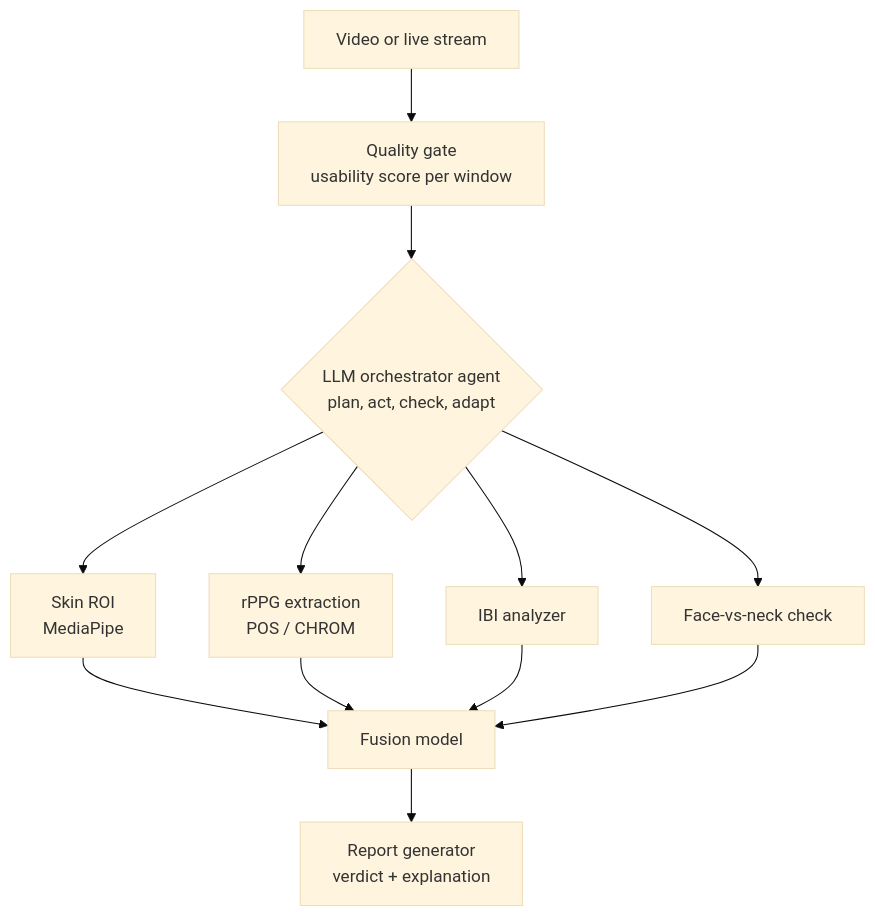
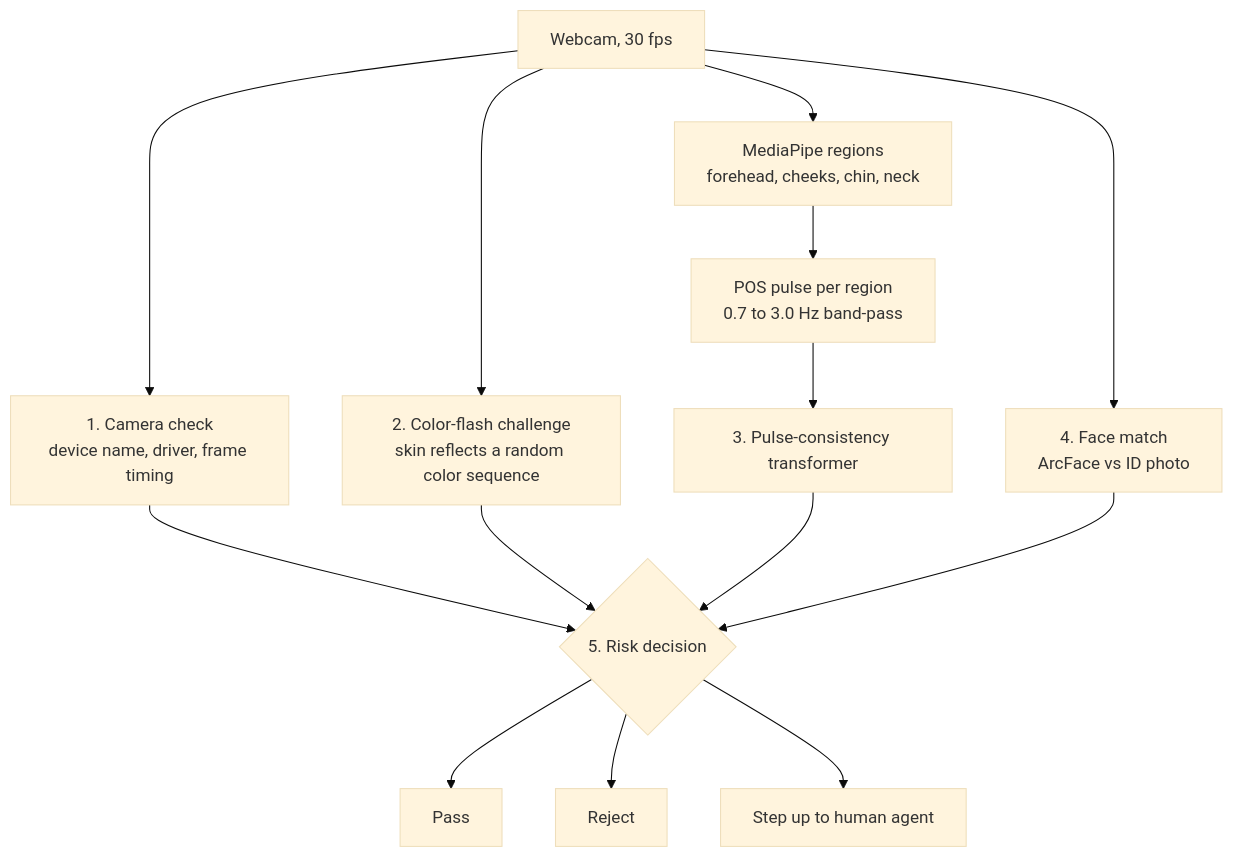
The diagram in README.md (fast-na-ana/aieduhackathon), drawn with Mermaid (base theme) before and after one commit. The commit also changed other lines of this file and 15 other files, not shown here.

First line of the commit message:
Add pulse model, pulse pipeline (in progress) and demo app plan

````diff
--- a/README.md
+++ b/README.md
@@ -78,14 +69,16 @@
 ```mermaid
 flowchart TD
-    A[Video or live stream] --> B[Quality gate<br/>usability score per window]
-    B --> C{LLM orchestrator agent<br/>plan, act, check, adapt}
-    C --> D[Skin ROI<br/>MediaPipe]
-    C --> E[rPPG extraction<br/>POS / CHROM]
-    C --> F[IBI analyzer]
-    C --> G[Face-vs-neck check]
-    D --> H[Fusion model]
-    E --> H
-    F --> H
-    G --> H
-    H --> I[Report generator<br/>verdict + explanation]
+    A[Webcam, 30 fps] --> L1[1. Camera check<br/>device name, driver, frame timing]
+    A --> L2[2. Color-flash challenge<br/>skin reflects a random color sequence]
+    A --> R[MediaPipe regions<br/>forehead, cheeks, chin, neck]
+    R --> P[POS pulse per region<br/>0.7 to 3.0 Hz band-pass]
+    P --> L3[3. Pulse-consistency transformer]
+    A --> L4[4. Face match<br/>ArcFace vs ID photo]
+    L1 --> D{5. Risk decision}
+    L2 --> D
+    L3 --> D
+    L4 --> D
+    D --> OK[Pass]
+    D --> NO[Reject]
+    D --> HU[Step up to human agent]
 ```
````
